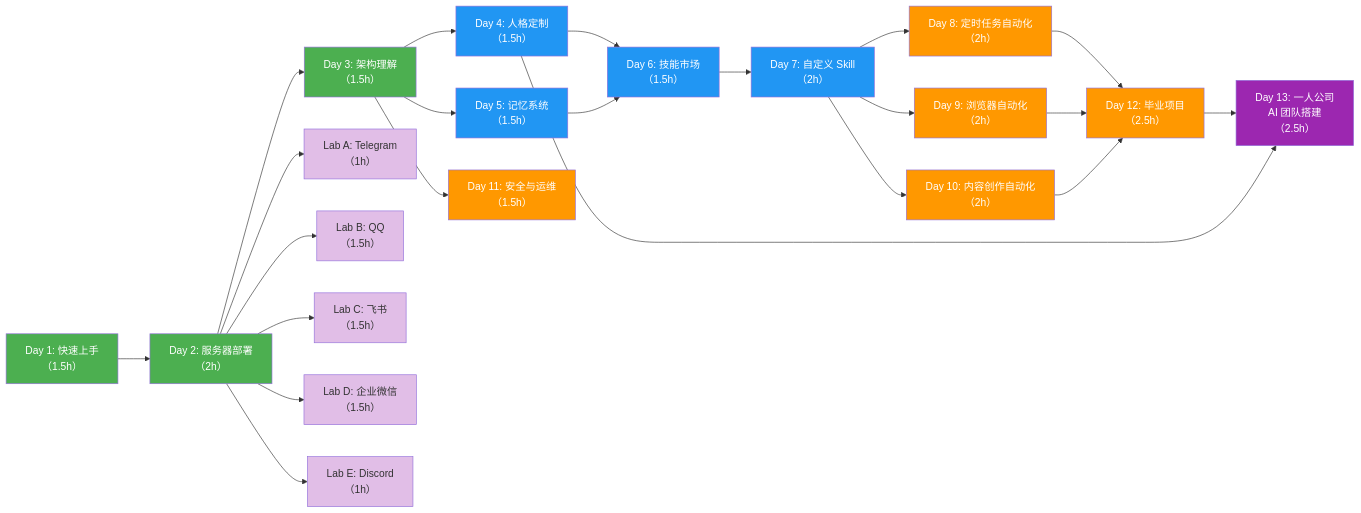
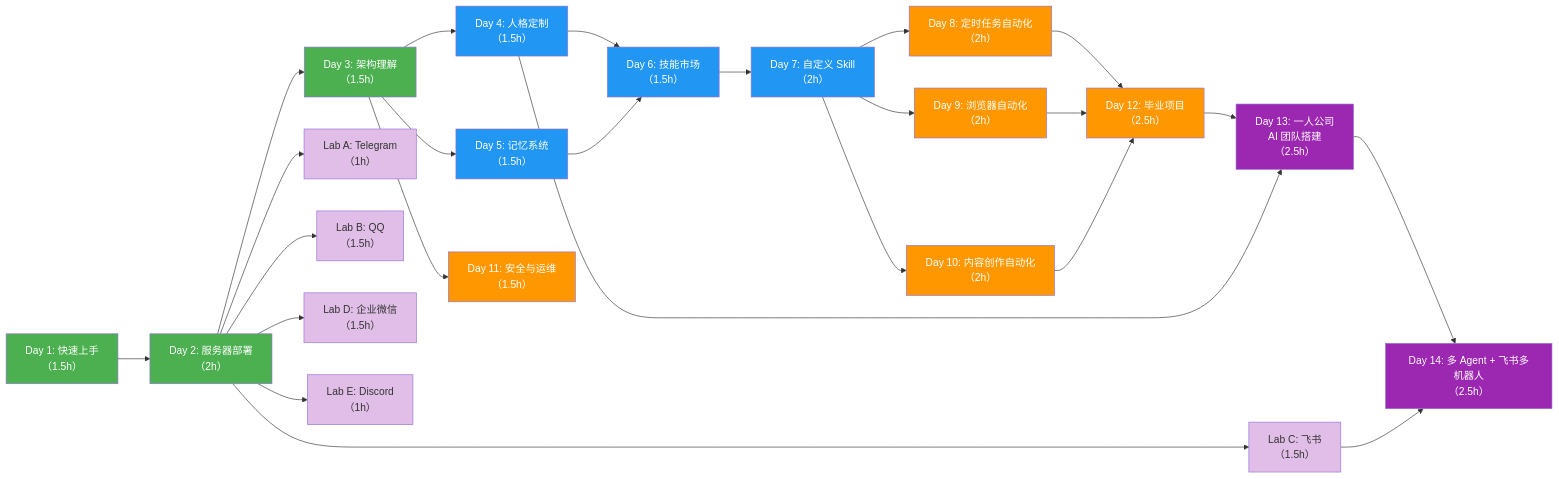
The first of 2 diagrams in course-design.md (qingmiao-tech/openclaw-guard), drawn with Mermaid before and after one commit. The commit also changed other lines of this file and 2 other files, not shown here.

Commit message:
docs(course): add Day14 multi-agent Feishu integration module

````diff
--- a/course-design.md
+++ b/course-design.md
@@ -148,52 +149,55 @@
 ```mermaid
 graph LR
     D1["Day 1: 快速上手<br/>（1.5h）"] --> D2["Day 2: 服务器部署<br/>（2h）"]
     D2 --> D3["Day 3: 架构理解<br/>（1.5h）"]
 
     D3 --> D4["Day 4: 人格定制<br/>（1.5h）"]
     D3 --> D5["Day 5: 记忆系统<br/>（1.5h）"]
 
     D4 --> D6["Day 6: 技能市场<br/>（1.5h）"]
     D5 --> D6
 
     D6 --> D7["Day 7: 自定义 Skill<br/>（2h）"]
 
     D7 --> D8["Day 8: 定时任务自动化<br/>（2h）"]
     D7 --> D9["Day 9: 浏览器自动化<br/>（2h）"]
     D7 --> D10["Day 10: 内容创作自动化<br/>（2h）"]
 
     D8 --> D12["Day 12: 毕业项目<br/>（2.5h）"]
     D9 --> D12
     D10 --> D12
 
     D12 --> D13["Day 13: 一人公司<br/>AI 团队搭建<br/>（2.5h）"]
     D4 --> D13
+    D13 --> D14["Day 14: 多 Agent + 飞书多机器人<br/>（2.5h）"]
 
     D3 --> D11["Day 11: 安全与运维<br/>（1.5h）"]
 
     D2 --> LA["Lab A: Telegram<br/>（1h）"]
     D2 --> LB["Lab B: QQ<br/>（1.5h）"]
     D2 --> LC["Lab C: 飞书<br/>（1.5h）"]
+    LC --> D14
     D2 --> LD["Lab D: 企业微信<br/>（1.5h）"]
     D2 --> LE["Lab E: Discord<br/>（1h）"]
 
     %% 样式
     style D1 fill:#4CAF50,color:#fff
     style D2 fill:#4CAF50,color:#fff
     style D3 fill:#4CAF50,color:#fff
     style D4 fill:#2196F3,color:#fff
     style D5 fill:#2196F3,color:#fff
     style D6 fill:#2196F3,color:#fff
     style D7 fill:#2196F3,color:#fff
     style D8 fill:#FF9800,color:#fff
     style D9 fill:#FF9800,color:#fff
     style D10 fill:#FF9800,color:#fff
     style D11 fill:#FF9800,color:#fff
     style D12 fill:#FF9800,color:#fff
     style D13 fill:#9C27B0,color:#fff
+    style D14 fill:#9C27B0,color:#fff
     style LA fill:#E1BEE7,color:#333
     style LB fill:#E1BEE7,color:#333
     style LC fill:#E1BEE7,color:#333
     style LD fill:#E1BEE7,color:#333
     style LE fill:#E1BEE7,color:#333
 ```
````
